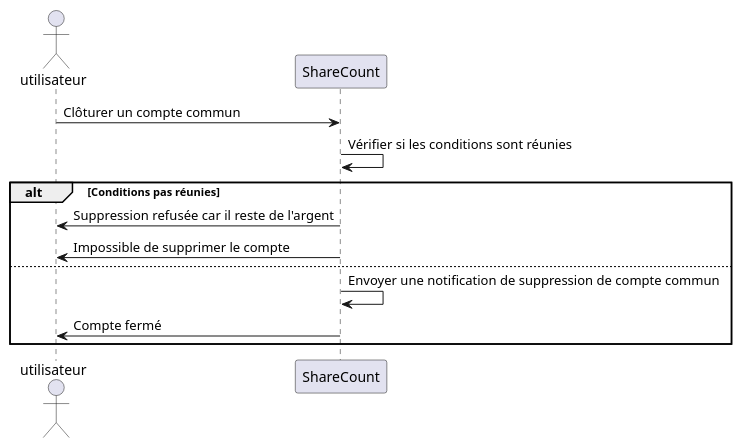
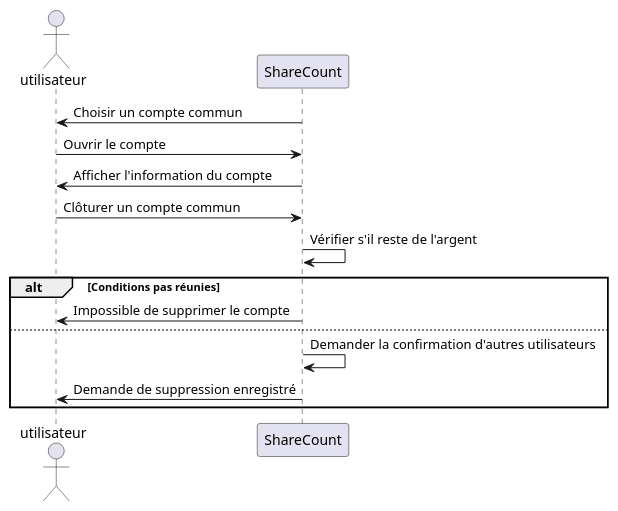
One commit to lmtb06/sharecount changed the diagram in diagrammes/specification/sequence/Clôturer-un-compte-commun.puml. Above: the diagram before and after it, drawn with PlantUML. The commit also changed 11 other files, not shown here.

Commit message:
Modification des diagrammes de séquence

```diff
--- a/diagrammes/specification/sequence/Clôturer-un-compte-commun.puml
+++ b/diagrammes/specification/sequence/Clôturer-un-compte-commun.puml
@@ -1,19 +1,22 @@
 @startuml  Clôturer un compte commun
 
 actor utilisateur as u
 participant ShareCount as sc
 
+sc -> u : Choisir un compte commun
+u -> sc : Ouvrir le compte
+sc -> u : Afficher l'information du compte
 u -> sc : Clôturer un compte commun
-sc -> sc : Vérifier si les conditions sont réunies
+sc -> sc : Vérifier s'il reste de l'argent
 
 alt Conditions pas réunies
-sc -> u : Suppression refusée car il reste de l'argent
 sc -> u : Impossible de supprimer le compte
 else
 
-sc -> sc : Envoyer une notification de suppression de compte commun
-sc -> u : Compte fermé
+sc -> sc : Demander la confirmation d'autres utilisateurs
+sc -> u : Demande de suppression enregistré
+
 
 end
 
 @enduml
```
